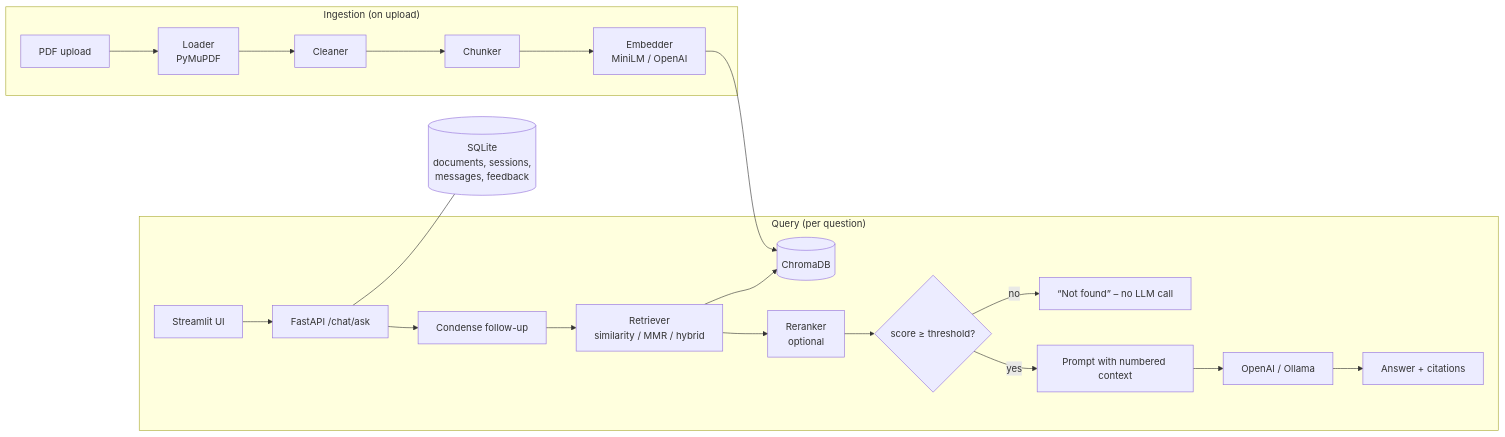
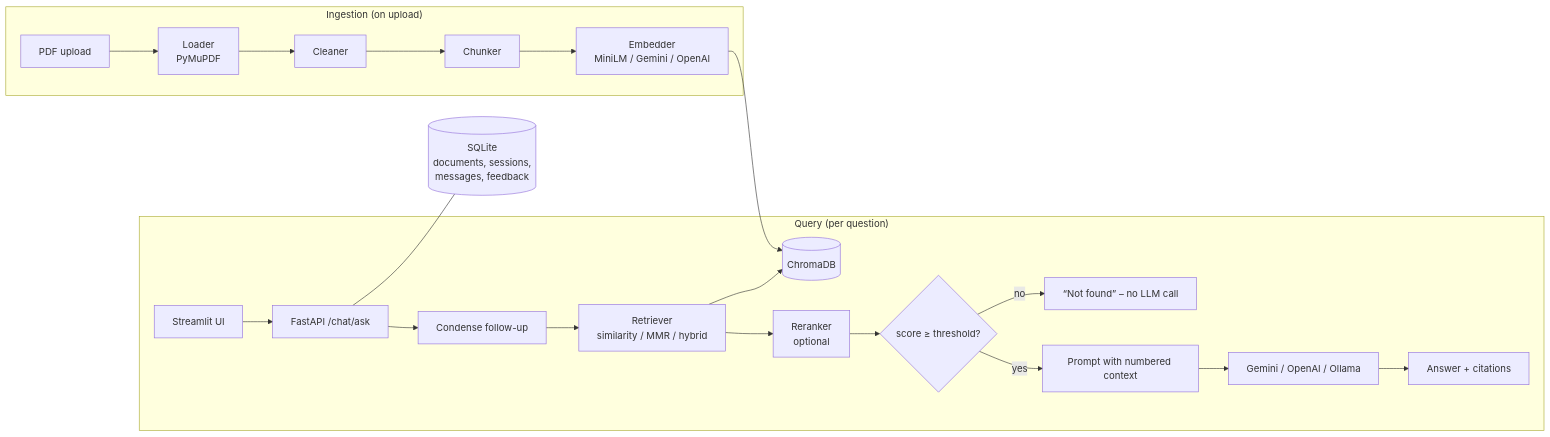
One commit to not-Lucifer/RAG-based-Question-Answering-System changed the diagram in README.md. Above: the diagram before and after it, drawn with Mermaid. The commit also changed other lines of this file and 13 other files, not shown here.

````diff
--- a/README.md
+++ b/README.md
@@ -28,15 +28,15 @@
 ```mermaid
 flowchart LR
   subgraph Ingestion["Ingestion (on upload)"]
-    U[PDF upload] --> L[Loader<br/>PyMuPDF] --> C[Cleaner] --> K[Chunker] --> E[Embedder<br/>MiniLM / OpenAI]
+    U[PDF upload] --> L[Loader<br/>PyMuPDF] --> C[Cleaner] --> K[Chunker] --> E[Embedder<br/>MiniLM / Gemini / OpenAI]
   end
   E --> V[(ChromaDB)]
   subgraph Query["Query (per question)"]
     UI[Streamlit UI] --> API[FastAPI /chat/ask] --> Q[Condense follow-up] --> R[Retriever<br/>similarity / MMR / hybrid]
     R --> V
     R --> RR[Reranker<br/>optional] --> G{score ≥ threshold?}
     G -- no --> NF[“Not found” – no LLM call]
-    G -- yes --> P[Prompt with numbered context] --> LLM[OpenAI / Ollama] --> A[Answer + citations]
+    G -- yes --> P[Prompt with numbered context] --> LLM[Gemini / OpenAI / Ollama] --> A[Answer + citations]
   end
   API --- DB[(SQLite<br/>documents, sessions,<br/>messages, feedback)]
 ```
````
